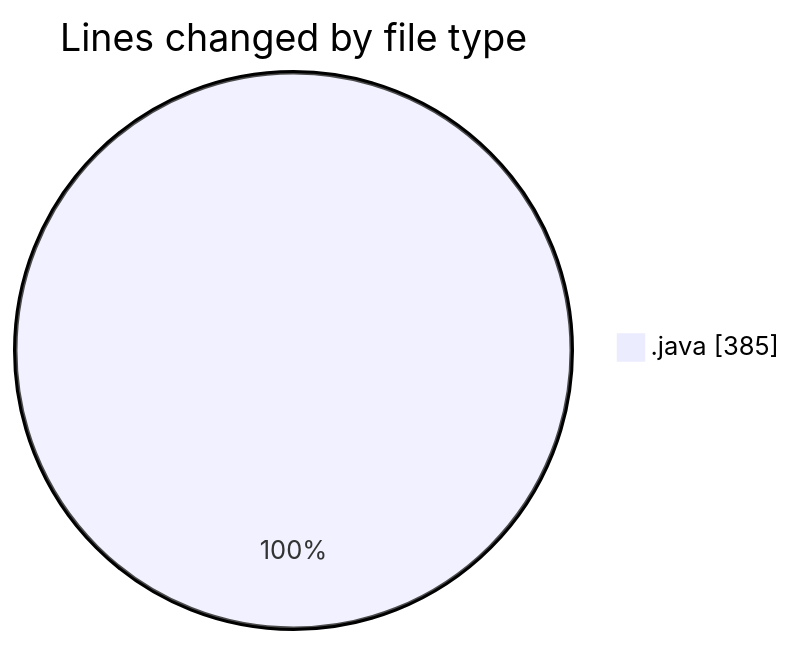
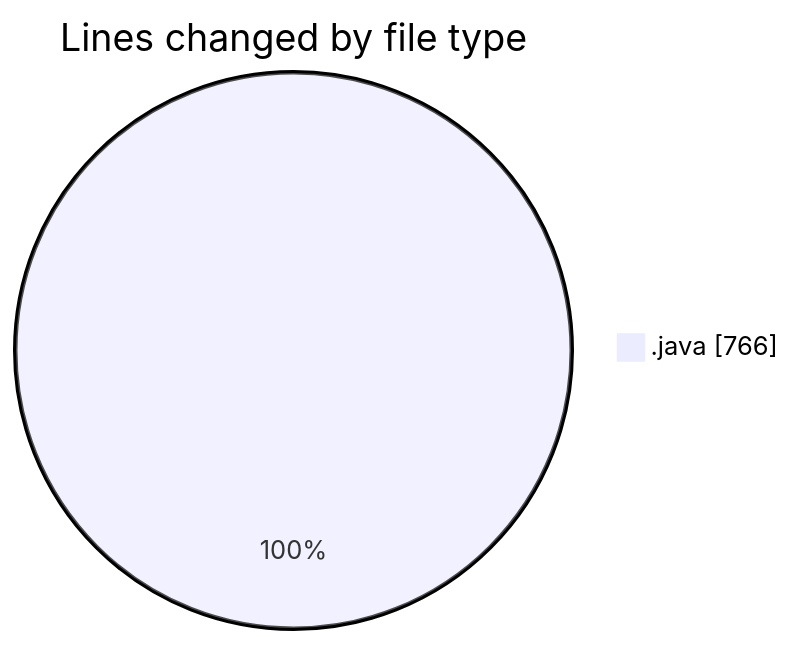
Before and after one commit to ricardozamudiocil/code-tracking: the first of 2 diagrams in 2026-04-28/cilwebcustomercomunication/README.md, drawn with Mermaid. The commit also changed other lines of this file and 1 other file, not shown here.

````diff
--- a/2026-04-28/cilwebcustomercomunication/README.md
+++ b/2026-04-28/cilwebcustomercomunication/README.md
@@ -22,5 +23,5 @@
 ```mermaid
 pie showData
 title Lines changed by file type
-".java" : 385
+".java" : 766
 ```
````
